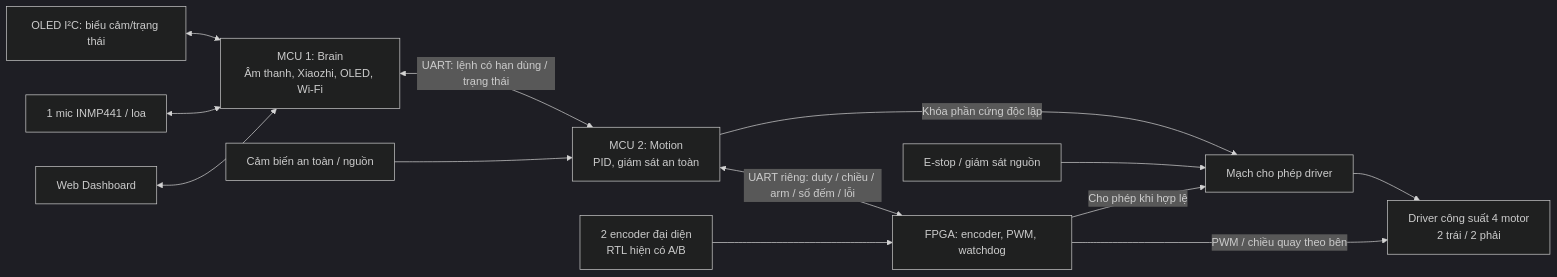
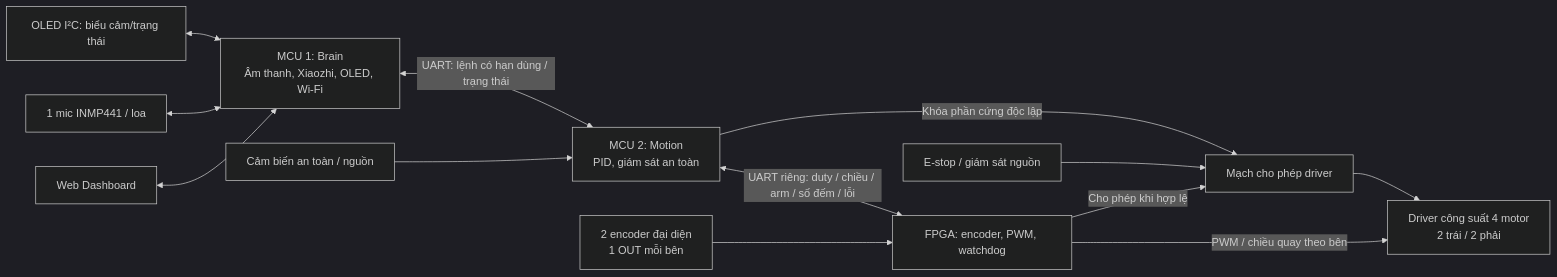
Before and after one commit to TuanDanny/AW-Car: the diagram in README.md, drawn with Mermaid (dark theme). The commit also changed other lines of this file and 51 other files, not shown here.

````diff
--- a/README.md
+++ b/README.md
@@ -84,15 +94,15 @@
 ```mermaid
 flowchart LR
     Web[Web Dashboard] <--> Brain["MCU 1: Brain\nÂm thanh, Xiaozhi, OLED, Wi-Fi"]
     Audio["1 mic INMP441 / loa"] <--> Brain
     Display["OLED I²C: biểu cảm/trạng thái"] <--> Brain
     Brain <-->|"UART: lệnh có hạn dùng / trạng thái"| Motion["MCU 2: Motion\nPID, giám sát an toàn"]
     Sensors["Cảm biến an toàn / nguồn"] --> Motion
-    Encoder["2 encoder đại diện\nRTL hiện có A/B"] --> FPGA["FPGA: encoder, PWM, watchdog"]
+    Encoder["2 encoder đại diện\n1 OUT mỗi bên"] --> FPGA["FPGA: encoder, PWM, watchdog"]
     Motion <-->|"UART riêng: duty / chiều / arm / số đếm / lỗi"| FPGA
     FPGA -->|"PWM / chiều quay theo bên"| Drive["Driver công suất 4 motor\n2 trái / 2 phải"]
     Motion -->|"Khóa phần cứng độc lập"| Gate["Mạch cho phép driver"]
     FPGA -->|"Cho phép khi hợp lệ"| Gate
     Stop["E-stop / giám sát nguồn"] --> Gate
     Gate --> Drive
 ```
````
